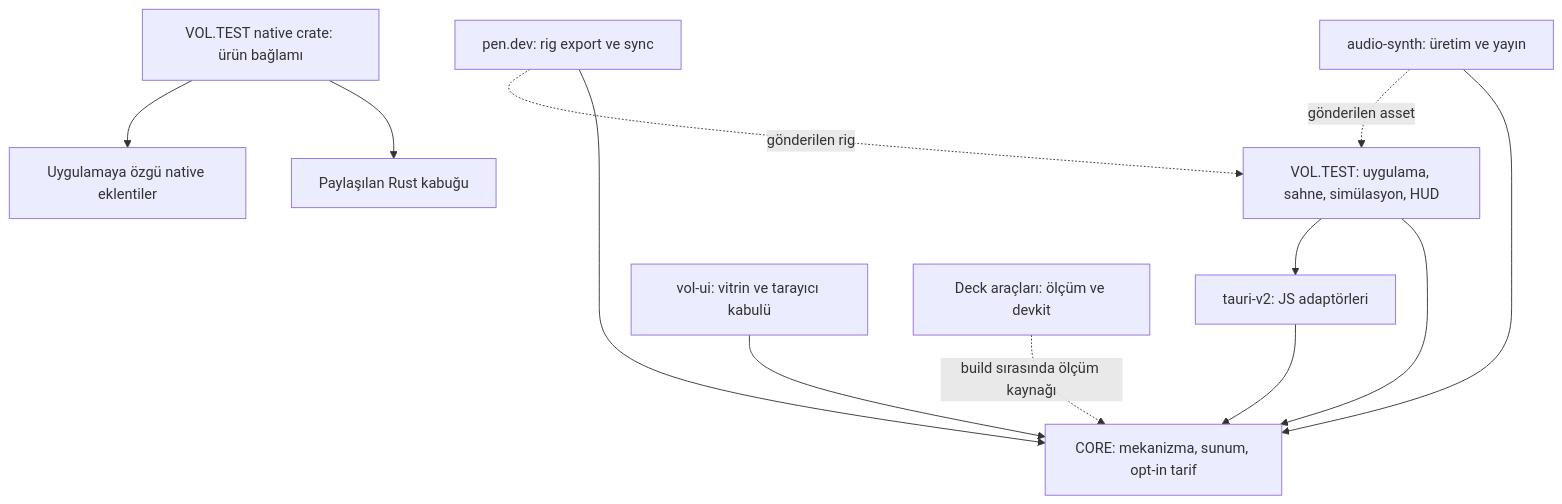
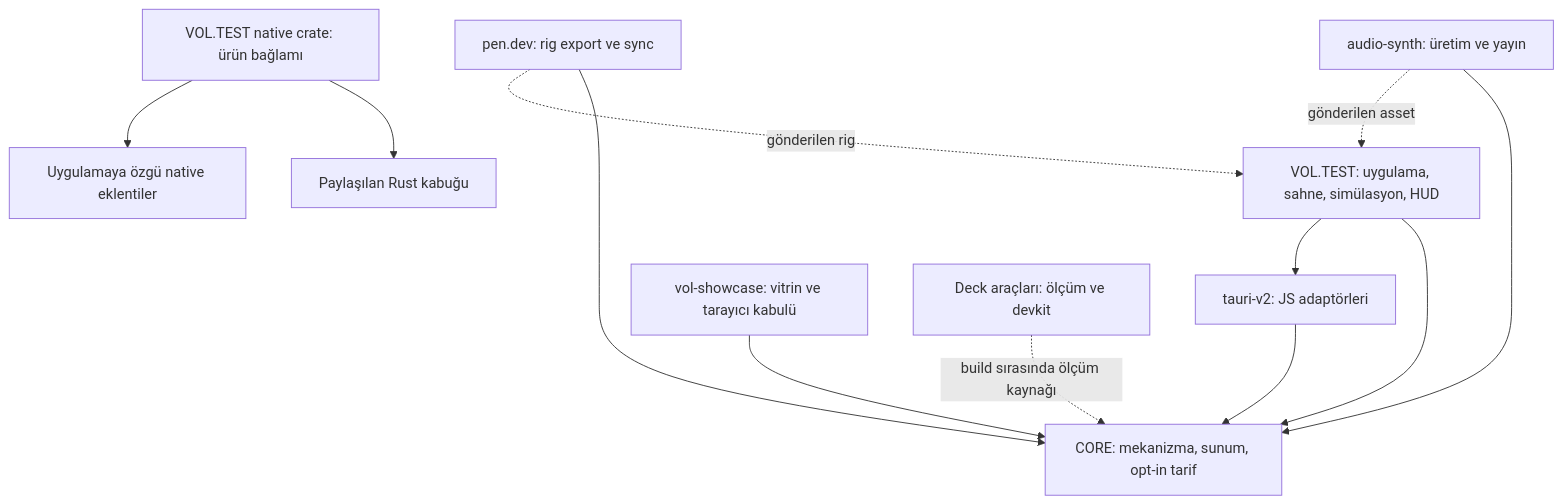
The diagram in docs/monorepo-audit.md (vol8me/VOL.STUDIO), drawn with Mermaid before and after one commit. The commit also changed other lines of this file and 106 other files, not shown here.

First line of the commit message:
refactor(vol-showcase): move vol-ui to devtools/vol-showcase in one atomic change

````diff
--- a/docs/monorepo-audit.md
+++ b/docs/monorepo-audit.md
@@ -33,14 +33,14 @@
 ```mermaid
 flowchart TD
     Game["VOL.TEST: uygulama, sahne, simülasyon, HUD"] --> Core["CORE: mekanizma, sunum, opt-in tarif"]
     Game --> Platform["tauri-v2: JS adaptörleri"]
     Platform --> Core
     GameNative["VOL.TEST native crate: ürün bağlamı"] --> Shell["Paylaşılan Rust kabuğu"]
     GameNative --> Plugins["Uygulamaya özgü native eklentiler"]
     Audio["audio-synth: üretim ve yayın"] --> Core
     Pen["pen.dev: rig export ve sync"] --> Core
-    UI["vol-ui: vitrin ve tarayıcı kabulü"] --> Core
+    UI["vol-showcase: vitrin ve tarayıcı kabulü"] --> Core
     Deck["Deck araçları: ölçüm ve devkit"] -. "build sırasında ölçüm kaynağı" .-> Core
     Audio -. "gönderilen asset" .-> Game
     Pen -. "gönderilen rig" .-> Game
 ```
````
